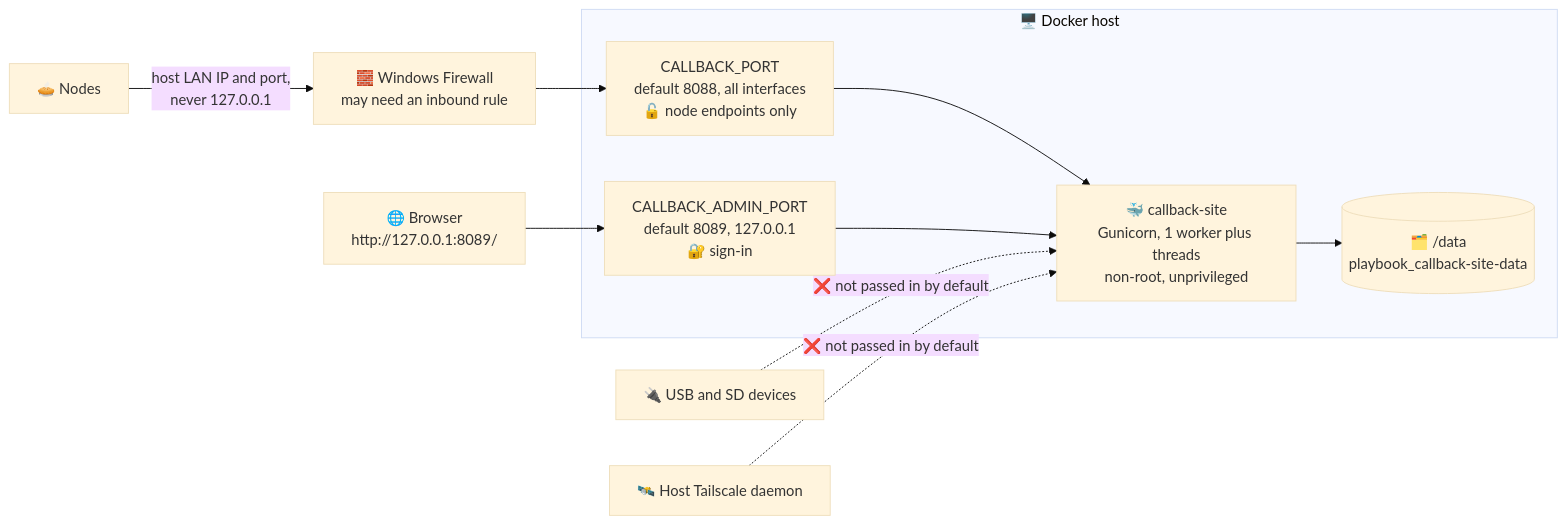
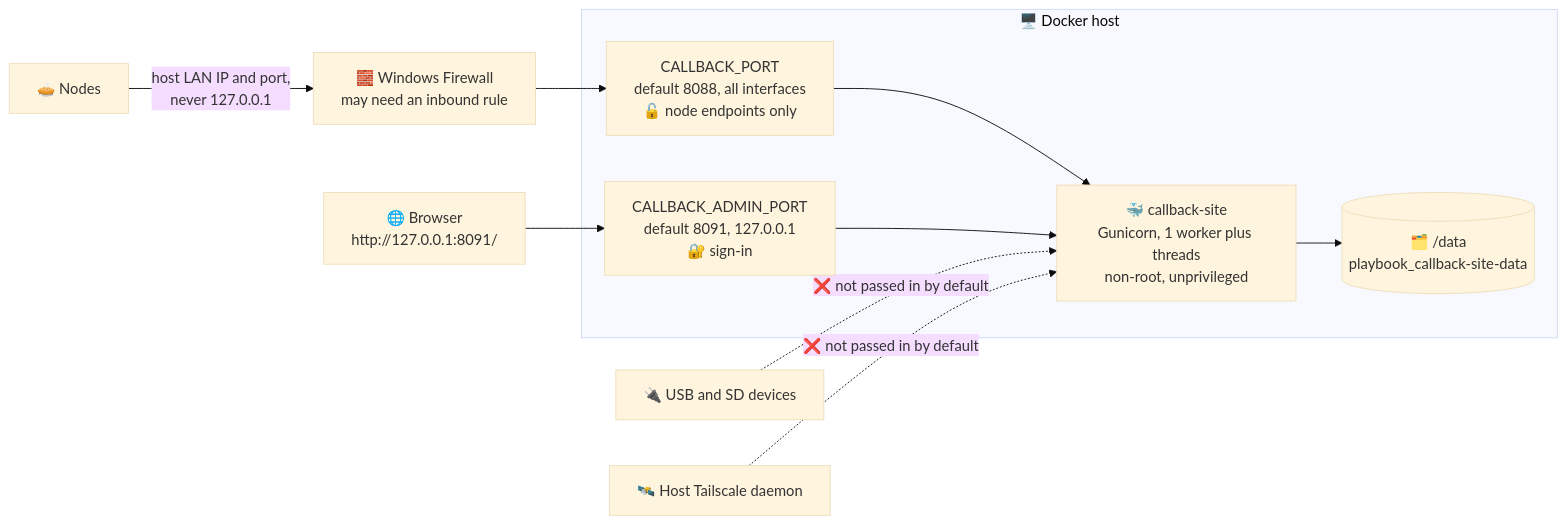
One commit to MeVsTheVoices/Playbook changed diagram 21 of 29 in callback_site/README.md. Above: the diagram before and after it, drawn with Mermaid (base theme). The commit also changed other lines of this file and 18 other files, not shown here.

````diff
--- a/callback_site/README.md
+++ b/callback_site/README.md
@@ -969,13 +995,13 @@
 ```mermaid
 flowchart LR
-  browser["🌐 Browser<br/>http://127.0.0.1:8089/"] --> aport
+  browser["🌐 Browser<br/>http://127.0.0.1:8091/"] --> aport
   nodes["🥧 Nodes"] -- "host LAN IP and port,<br/>never 127.0.0.1" --> fw["🧱 Windows Firewall<br/>may need an inbound rule"] --> nport
   subgraph host["🖥️ Docker host"]
     nport["CALLBACK_PORT<br/>default 8088, all interfaces<br/>🔓 node endpoints only"] --> ctr
-    aport["CALLBACK_ADMIN_PORT<br/>default 8089, 127.0.0.1<br/>🔐 sign-in"] --> ctr
+    aport["CALLBACK_ADMIN_PORT<br/>default 8091, 127.0.0.1<br/>🔐 sign-in"] --> ctr
     ctr["🐳 callback-site<br/>Gunicorn, 1 worker plus threads<br/>non-root, unprivileged"]
     ctr --> vol[("🗂️ /data<br/>playbook_callback-site-data")]
   end
   usb["🔌 USB and SD devices"] -. "❌ not passed in by default" .-> ctr
   ts["🛰️ Host Tailscale daemon"] -. "❌ not passed in by default" .-> ctr
 ```
````
